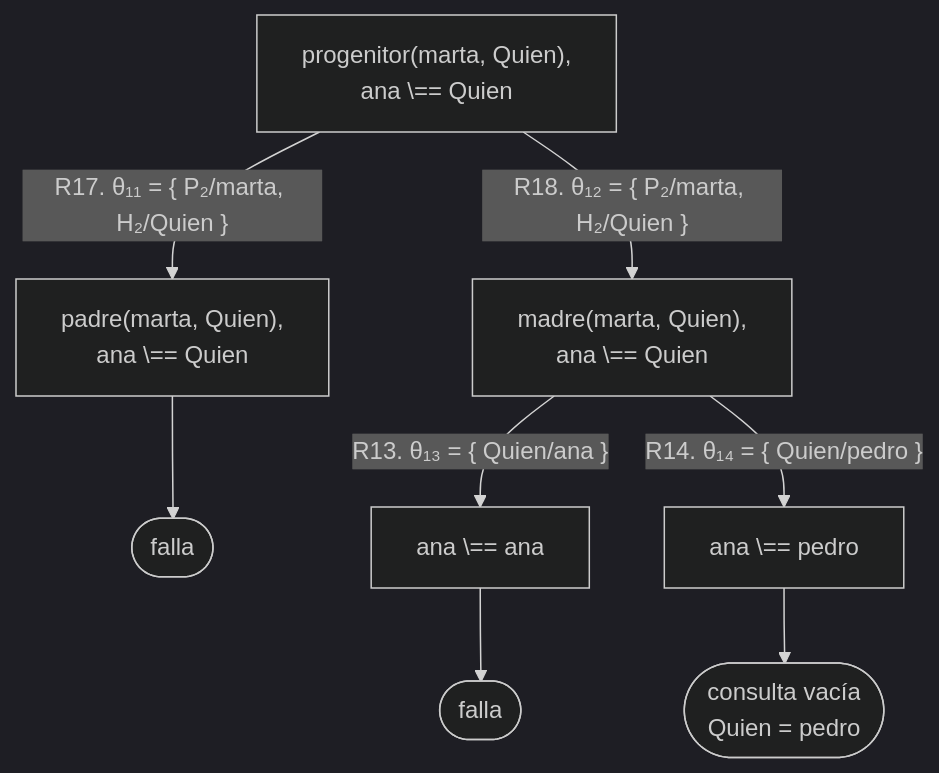
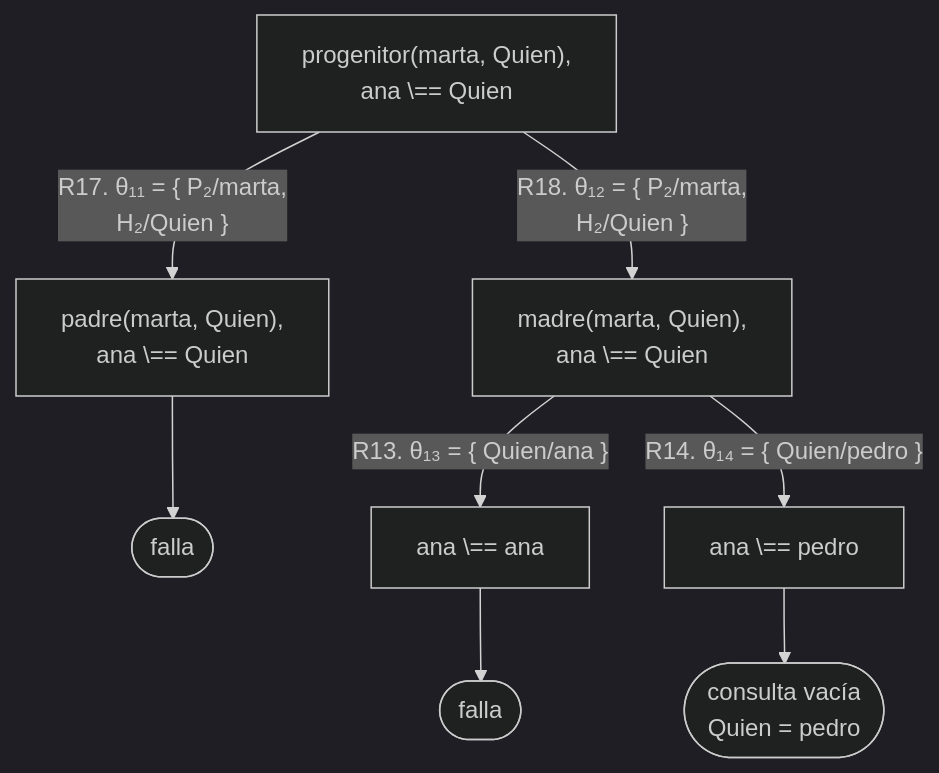
Before and after one commit to CesarBallardini/curso-de-prolog: the fourth of 6 diagrams in docs/capitulo-03-reglas-y-conjunciones/soluciones.md, drawn with Mermaid (dark theme). The commit also changed other lines of this file and 24 other files, not shown here.

First line of the commit message:
feat(docs): botones para ocultar las columnas laterales y etiquetas cortas en los diagramas

````diff
--- a/docs/capitulo-03-reglas-y-conjunciones/soluciones.md
+++ b/docs/capitulo-03-reglas-y-conjunciones/soluciones.md
@@ -234,11 +234,11 @@
 ```mermaid
 flowchart TD
     H["progenitor(marta, Quien),<br/>ana \== Quien"]
-    H -- "R17. θ₁₁ = {&nbsp;P₂/marta, H₂/Quien&nbsp;}" --> I["padre(marta, Quien),<br/>ana \== Quien"]
-    H -- "R18. θ₁₂ = {&nbsp;P₂/marta, H₂/Quien&nbsp;}" --> J["madre(marta, Quien),<br/>ana \== Quien"]
+    H -- "R17. θ₁₁ = {&nbsp;P₂/marta,<br/>H₂/Quien&nbsp;}" --> I["padre(marta, Quien),<br/>ana \== Quien"]
+    H -- "R18. θ₁₂ = {&nbsp;P₂/marta,<br/>H₂/Quien&nbsp;}" --> J["madre(marta, Quien),<br/>ana \== Quien"]
     I --> F1(["falla"])
     J -- "R13. θ₁₃ = {&nbsp;Quien/ana&nbsp;}" --> K["ana \== ana"]
     J -- "R14. θ₁₄ = {&nbsp;Quien/pedro&nbsp;}" --> L["ana \== pedro"]
     K --> F2(["falla"])
     L --> S2(["consulta vacía<br/>Quien = pedro"])
 ```
````
